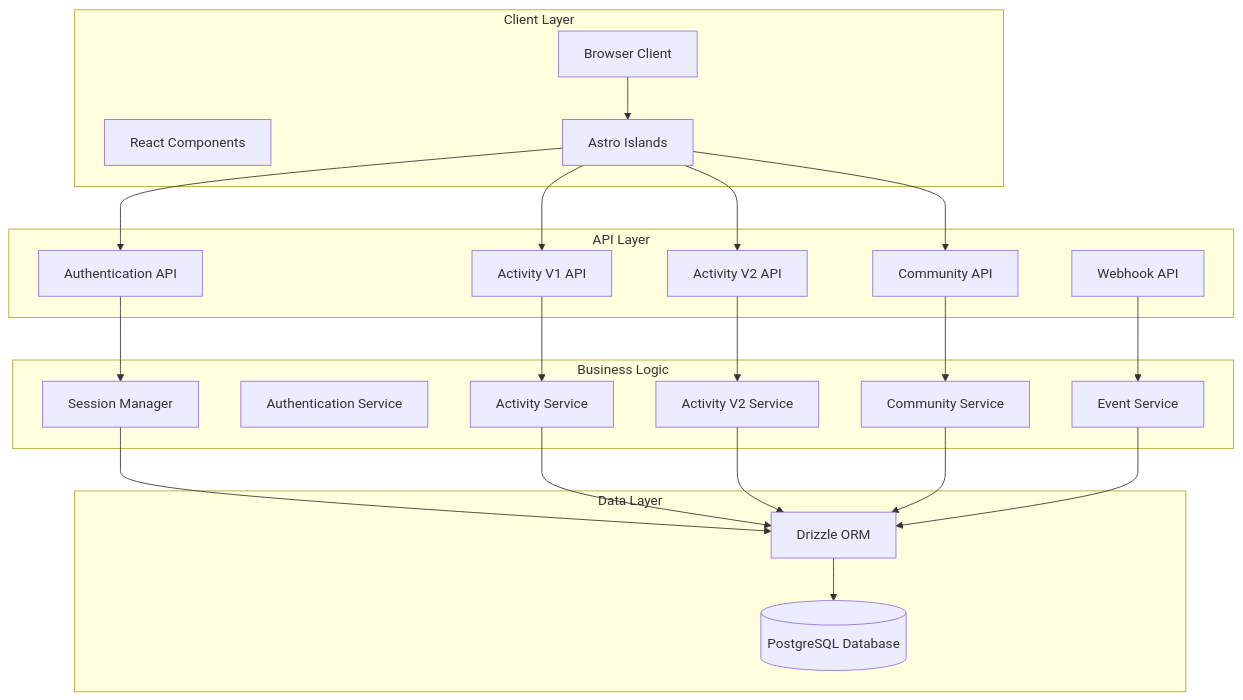
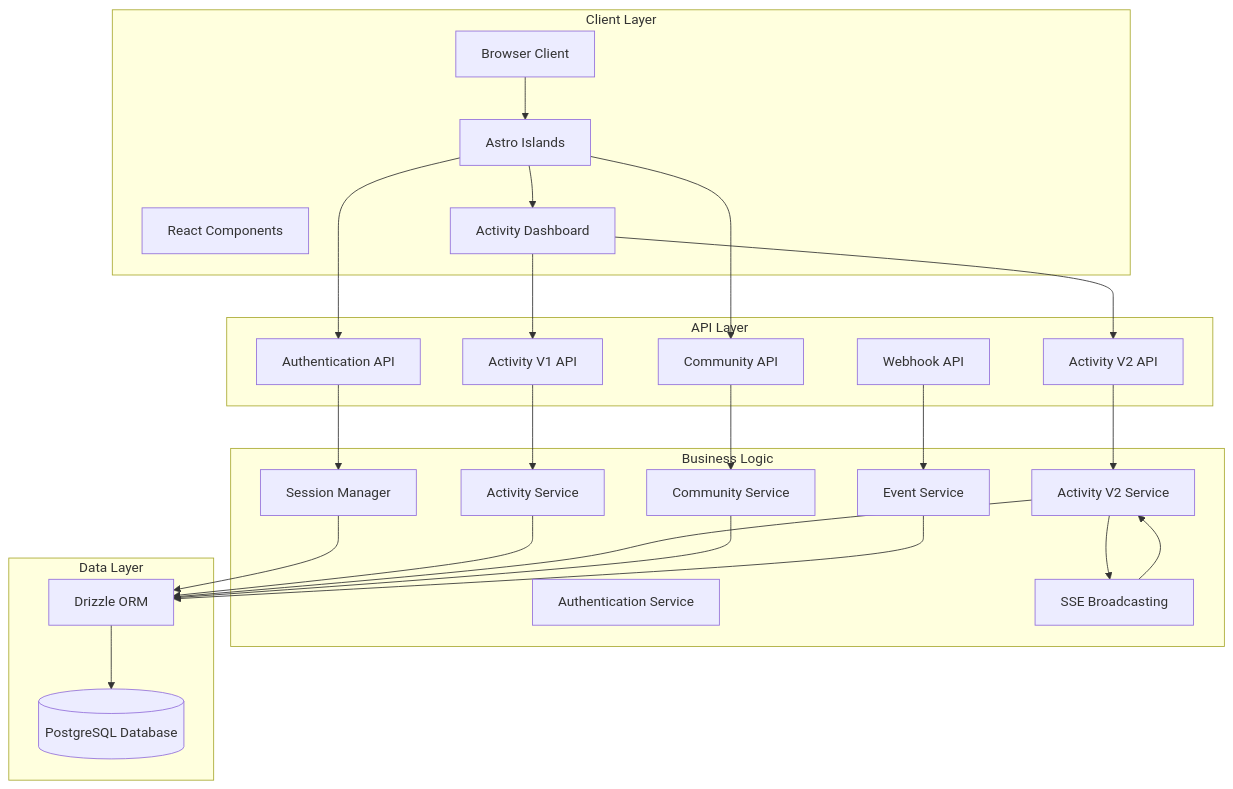
The first of 14 diagrams in .qoder/repowiki/en/content/Core Features/Activity Monitoring System.md (WizardJIOCb/rodion.pro), drawn with Mermaid before and after one commit. The commit also changed other lines of this file and 32 other files, not shown here.

````diff
--- a/.qoder/repowiki/en/content/Core Features/Activity Monitoring System.md
+++ b/.qoder/repowiki/en/content/Core Features/Activity Monitoring System.md
@@ -70,43 +71,48 @@
 ```mermaid
 graph TB
 subgraph "Client Layer"
 Browser[Browser Client]
 React[React Components]
 Astro[Astro Islands]
+ActivityDashboard[Activity Dashboard]
 end
 subgraph "API Layer"
 AuthAPI[Authentication API]
 ActivityV1API[Activity V1 API]
 ActivityV2API[Activity V2 API]
 CommunityAPI[Community API]
 WebhookAPI[Webhook API]
 end
 subgraph "Business Logic"
 SessionMgr[Session Manager]
 AuthSvc[Authentication Service]
 ActivitySvc[Activity Service]
 ActivityV2Svc[Activity V2 Service]
 CommunitySvc[Community Service]
 EventSvc[Event Service]
+SSEManager[SSE Broadcasting]
 end
 subgraph "Data Layer"
 Postgres[(PostgreSQL Database)]
 Drizzle[Drizzle ORM]
 end
 Browser --> Astro
+Astro --> ActivityDashboard
+ActivityDashboard --> ActivityV1API
+ActivityDashboard --> ActivityV2API
 Astro --> AuthAPI
-Astro --> ActivityV1API
-Astro --> ActivityV2API
 Astro --> CommunityAPI
 AuthAPI --> SessionMgr
 ActivityV1API --> ActivitySvc
 ActivityV2API --> ActivityV2Svc
 CommunityAPI --> CommunitySvc
 WebhookAPI --> EventSvc
+ActivityV2Svc --> SSEManager
+SSEManager --> ActivityV2Svc
 SessionMgr --> Drizzle
 ActivitySvc --> Drizzle
 ActivityV2Svc --> Drizzle
 CommunitySvc --> Drizzle
 EventSvc --> Drizzle
 Drizzle --> Postgres
 ```
````
